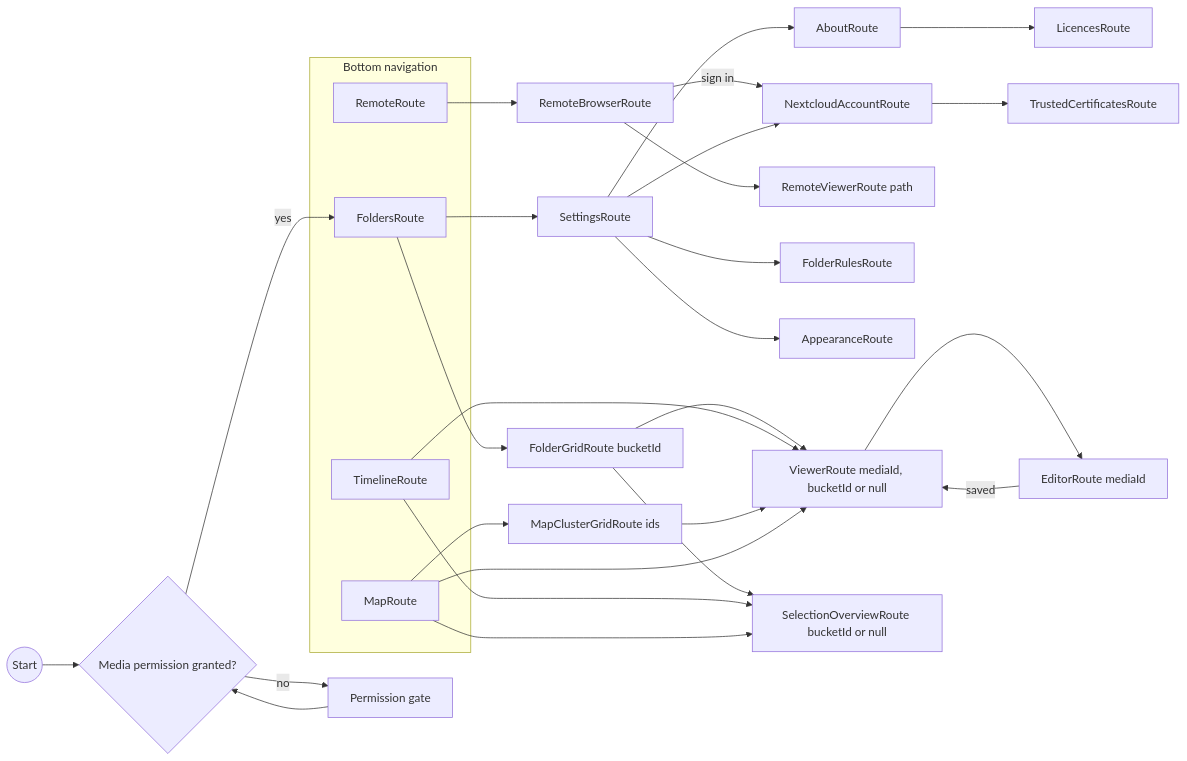
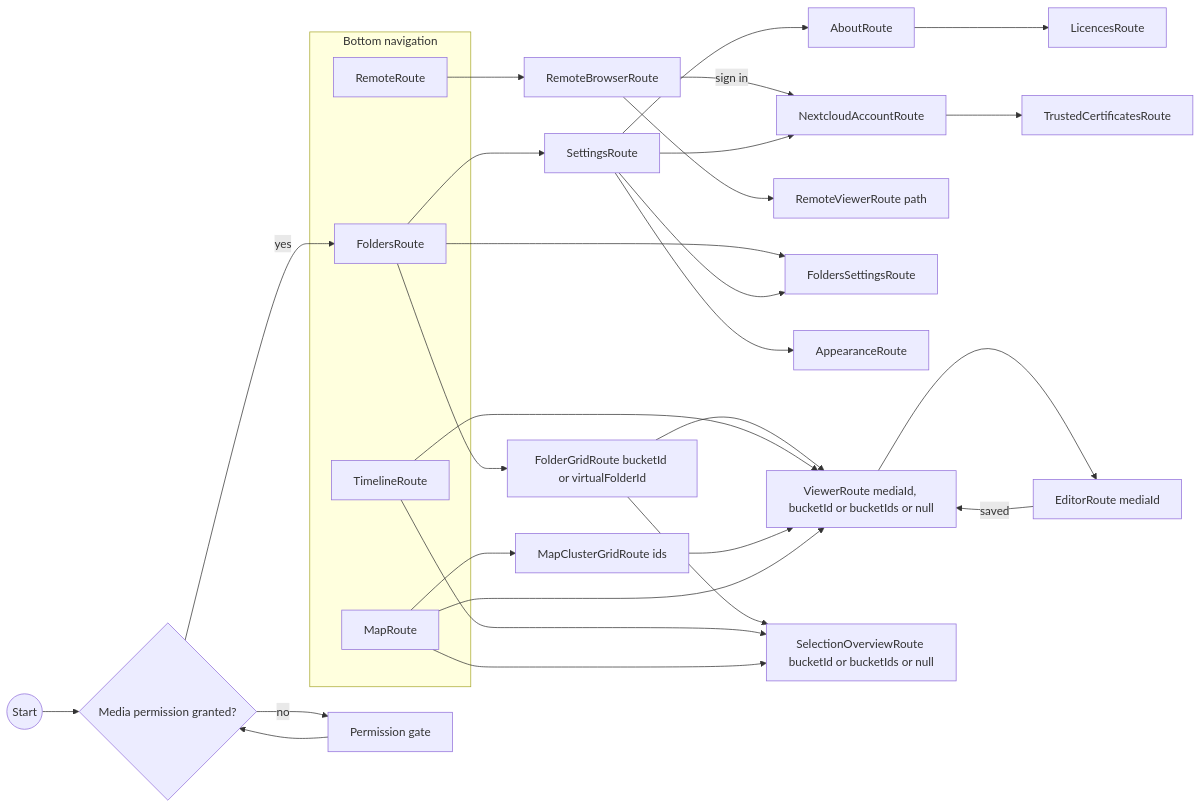
Before and after one commit to drehtuer/NextGalleryApp: diagram 12 of 12 in docs/ARCHITECTURE.md, drawn with Mermaid. The commit also changed other lines of this file and 95 other files, not shown here.

First line of the commit message:
Show only folders the user adds, and add virtual folders

````diff
--- a/docs/ARCHITECTURE.md
+++ b/docs/ARCHITECTURE.md
@@ -846,38 +847,39 @@
 ```mermaid
 flowchart LR
     start(("Start")) --> perm{"Media permission granted?"}
     perm -- "no" --> PermissionScreen["Permission gate"]
     PermissionScreen --> perm
     perm -- "yes" --> Folders
 
     subgraph TopLevel["Bottom navigation"]
         Folders["FoldersRoute"]
         Timeline["TimelineRoute"]
         Map["MapRoute"]
         Remote["RemoteRoute"]
     end
 
-    Folders --> FolderGrid["FolderGridRoute bucketId"]
-    FolderGrid --> Viewer["ViewerRoute mediaId, bucketId or null"]
+    Folders --> FolderGrid["FolderGridRoute bucketId or virtualFolderId"]
+    FolderGrid --> Viewer["ViewerRoute mediaId, bucketId or bucketIds or null"]
     Timeline --> Viewer
     Map --> ClusterGrid["MapClusterGridRoute ids"]
     ClusterGrid --> Viewer
     Map --> Viewer
     Viewer --> Editor["EditorRoute mediaId"]
     Editor -- "saved" --> Viewer
 
     Remote --> RemoteBrowser["RemoteBrowserRoute"]
     RemoteBrowser -- "sign in" --> Account
     RemoteBrowser --> RemoteViewer["RemoteViewerRoute path"]
 
     Folders --> Settings["SettingsRoute"]
-    Settings --> FolderRules["FolderRulesRoute"]
+    Folders --> FoldersSettings
+    Settings --> FoldersSettings["FoldersSettingsRoute"]
     Settings --> Appearance["AppearanceRoute"]
     Settings --> About["AboutRoute"]
     About --> Licences["LicencesRoute"]
     Settings --> Account["NextcloudAccountRoute"]
     Account --> Certs["TrustedCertificatesRoute"]
-    FolderGrid --> SelOverview["SelectionOverviewRoute bucketId or null"]
+    FolderGrid --> SelOverview["SelectionOverviewRoute bucketId or bucketIds or null"]
     Timeline --> SelOverview
     Map --> SelOverview
 ```
````
